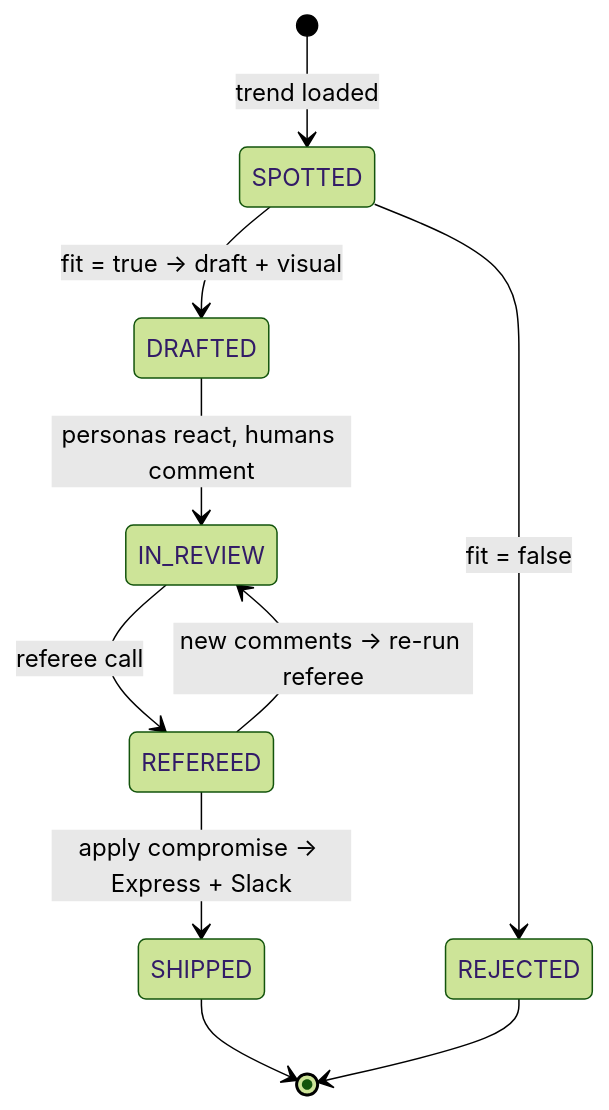
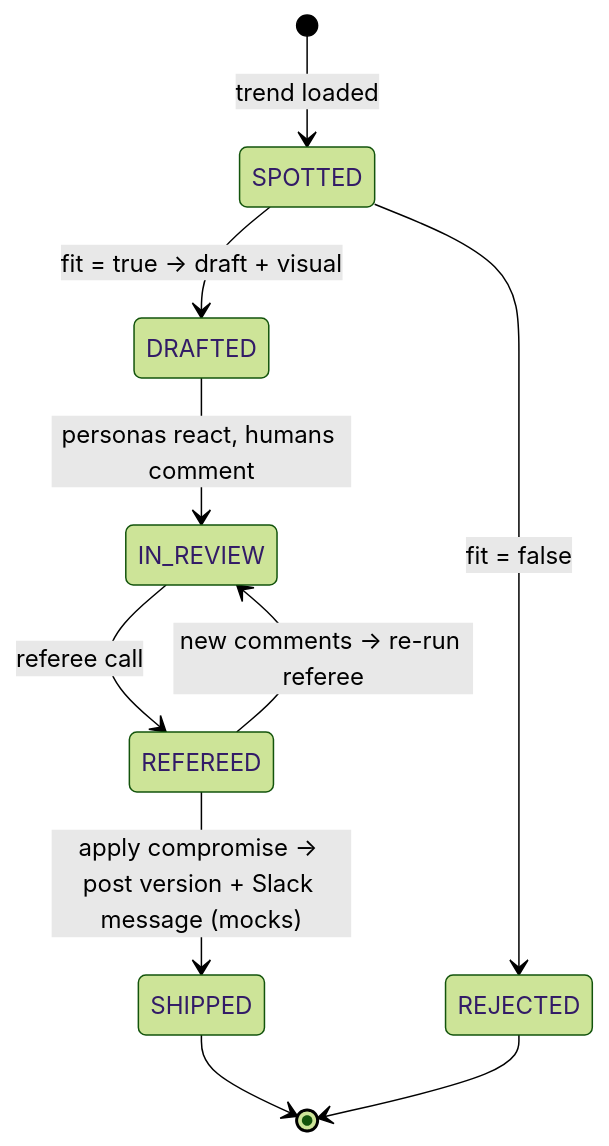
One commit to stefan04com/AIdePLM changed the second of 3 diagrams in ARCHITECTURE.md. Above: the diagram before and after it, drawn with Mermaid (forest theme). The commit also changed other lines of this file and 4 other files, not shown here.

````diff
--- a/ARCHITECTURE.md
+++ b/ARCHITECTURE.md
@@ -79,12 +77,12 @@
 ```mermaid
 stateDiagram-v2
     [*] --> SPOTTED: trend loaded
     SPOTTED --> REJECTED: fit = false
     SPOTTED --> DRAFTED: fit = true → draft + visual
     DRAFTED --> IN_REVIEW: personas react, humans comment
     IN_REVIEW --> REFEREED: referee call
     REFEREED --> IN_REVIEW: new comments → re-run referee
-    REFEREED --> SHIPPED: apply compromise → Express + Slack
+    REFEREED --> SHIPPED: apply compromise → post version + Slack message (mocks)
     SHIPPED --> [*]
     REJECTED --> [*]
 ```
````
